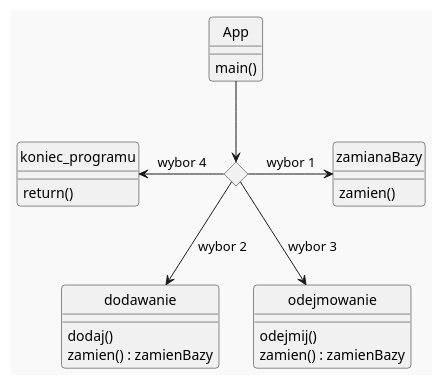
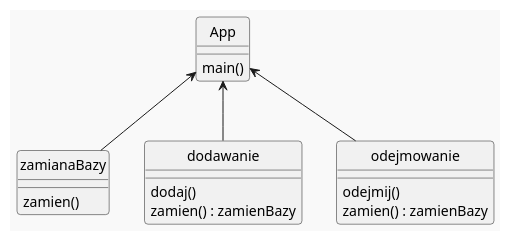
The diagram in target/classes/com/numerics/diagram.plantuml (UserIOI/numerics_system_convert), drawn with PlantUML before and after one commit. The commit also changed 1 other file, not shown here.

Commit message:
Uml update

```diff
--- a/target/classes/com/numerics/diagram.plantuml
+++ b/target/classes/com/numerics/diagram.plantuml
@@ -1,29 +1,30 @@
 @startuml Diagram
 !theme mars
 skinparam style strictuml
 skinparam SequenceMessageTextAlignment center
 class App { 
     main()
 }
 class zamianaBazy { 
     zamien()
 }
 class dodawanie {
     dodaj()
     zamien() : zamienBazy
 }
 class odejmowanie { 
     odejmij()
     zamien() : zamienBazy
 }
-class koniec_programu {
-    return()
-}
-diamond 1
-App --> 1
-1 -> zamianaBazy : wybor 1
-1 --> dodawanie : wybor 2
-1 --> odejmowanie : wybor 3
-koniec_programu <- 1 : wybor 4
-
+' class koniec_programu {
+'     return()
+' }
+' App --> 1
+' 1 -> zamianaBazy : wybor 1
+' 1 --> dodawanie : wybor 2
+' 1 --> odejmowanie : wybor 3
+' koniec_programu <- 1 : wybor 4
+App <-- zamianaBazy
+App <-- dodawanie
+App <-- odejmowanie
 @enduml
```
